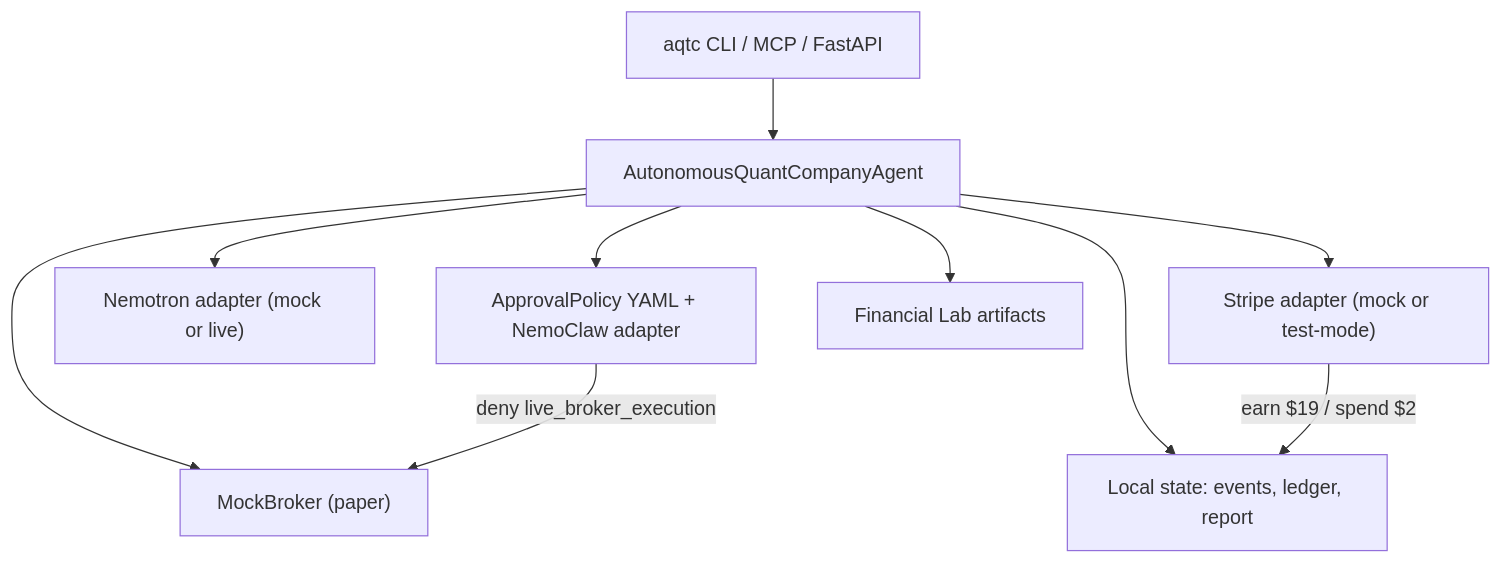
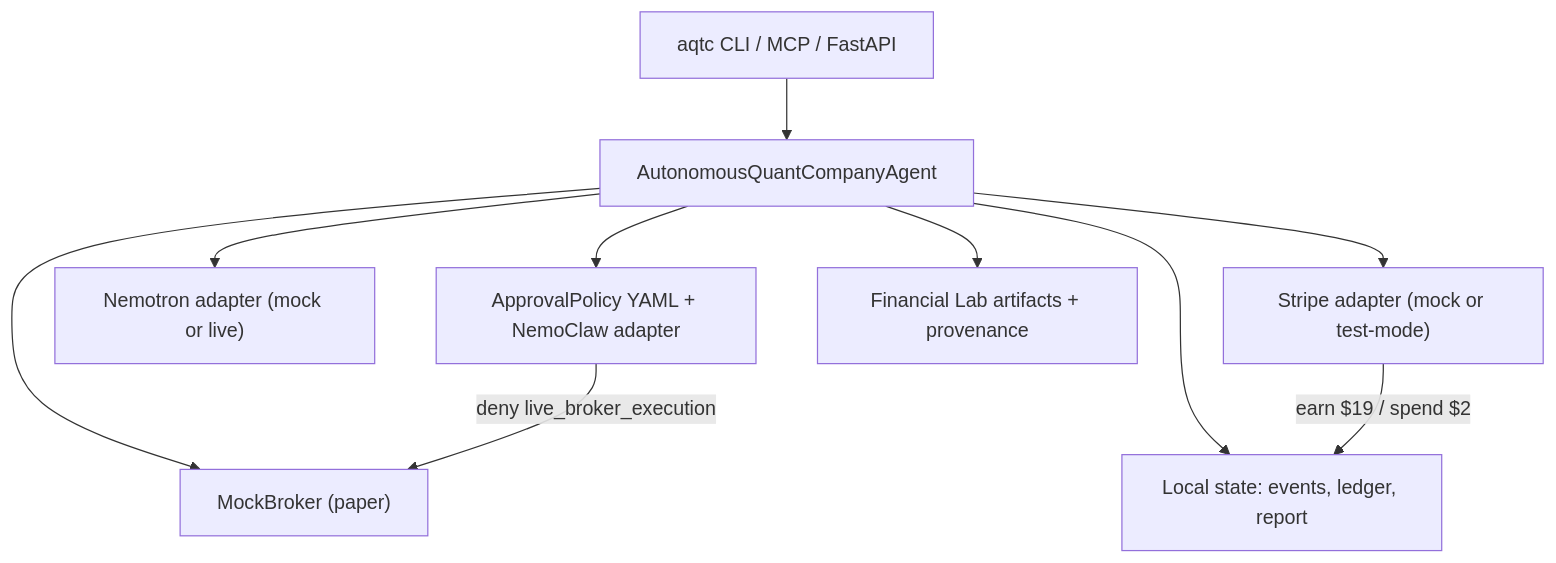
The diagram in README.md (Grizaceo/autonomous-quant-company), drawn with Mermaid before and after one commit. The commit also changed other lines of this file and 7 other files, not shown here.

````diff
--- a/README.md
+++ b/README.md
@@ -21,12 +54,12 @@
 ```mermaid
 flowchart TB
   CLI["aqtc CLI / MCP / FastAPI"] --> Agent["AutonomousQuantCompanyAgent"]
   Agent --> Policy["ApprovalPolicy YAML + NemoClaw adapter"]
   Agent --> Nemotron["Nemotron adapter (mock or live)"]
   Agent --> Stripe["Stripe adapter (mock or test-mode)"]
-  Agent --> FinLab["Financial Lab artifacts"]
+  Agent --> FinLab["Financial Lab artifacts + provenance"]
   Agent --> Broker["MockBroker (paper)"]
   Agent --> Ledger["Local state: events, ledger, report"]
   Policy -->|deny live_broker_execution| Broker
   Stripe -->|earn $19 / spend $2| Ledger
 ```
````
